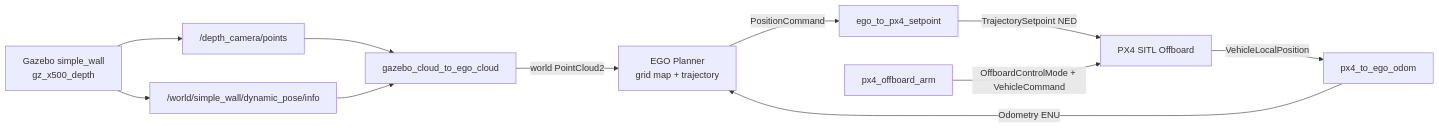
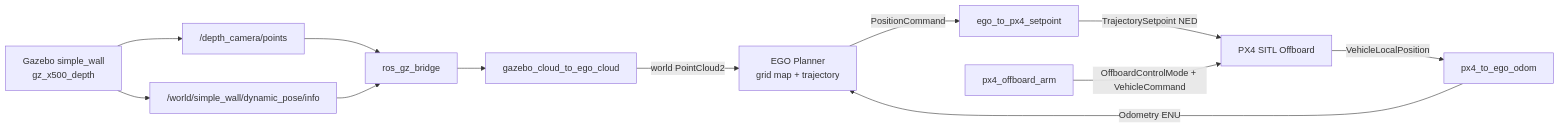
The diagram in README.md (JIMT111/ego_px4_sitl_demo), drawn with Mermaid before and after one commit. The commit also changed other lines of this file and 8 other files, not shown here.

````diff
--- a/README.md
+++ b/README.md
@@ -18,19 +20,20 @@
 ```mermaid
 flowchart LR
     GZ["Gazebo simple_wall<br/>gz_x500_depth"]
     DEPTH["/depth_camera/points"]
+    ROSGZ["ros_gz_bridge"]
     POSE["/world/simple_wall/dynamic_pose/info"]
     CLOUD["gazebo_cloud_to_ego_cloud"]
     ODOM["px4_to_ego_odom"]
     EGO["EGO Planner<br/>grid map + trajectory"]
     SETPOINT["ego_to_px4_setpoint"]
     ARM["px4_offboard_arm"]
     PX4["PX4 SITL Offboard"]
 
-    GZ --> DEPTH --> CLOUD
-    GZ --> POSE --> CLOUD
+    GZ --> DEPTH --> ROSGZ --> CLOUD
+    GZ --> POSE --> ROSGZ
     PX4 -->|"VehicleLocalPosition"| ODOM -->|"Odometry ENU"| EGO
     CLOUD -->|"world PointCloud2"| EGO
     EGO -->|"PositionCommand"| SETPOINT -->|"TrajectorySetpoint NED"| PX4
     ARM -->|"OffboardControlMode + VehicleCommand"| PX4
 ```
````
